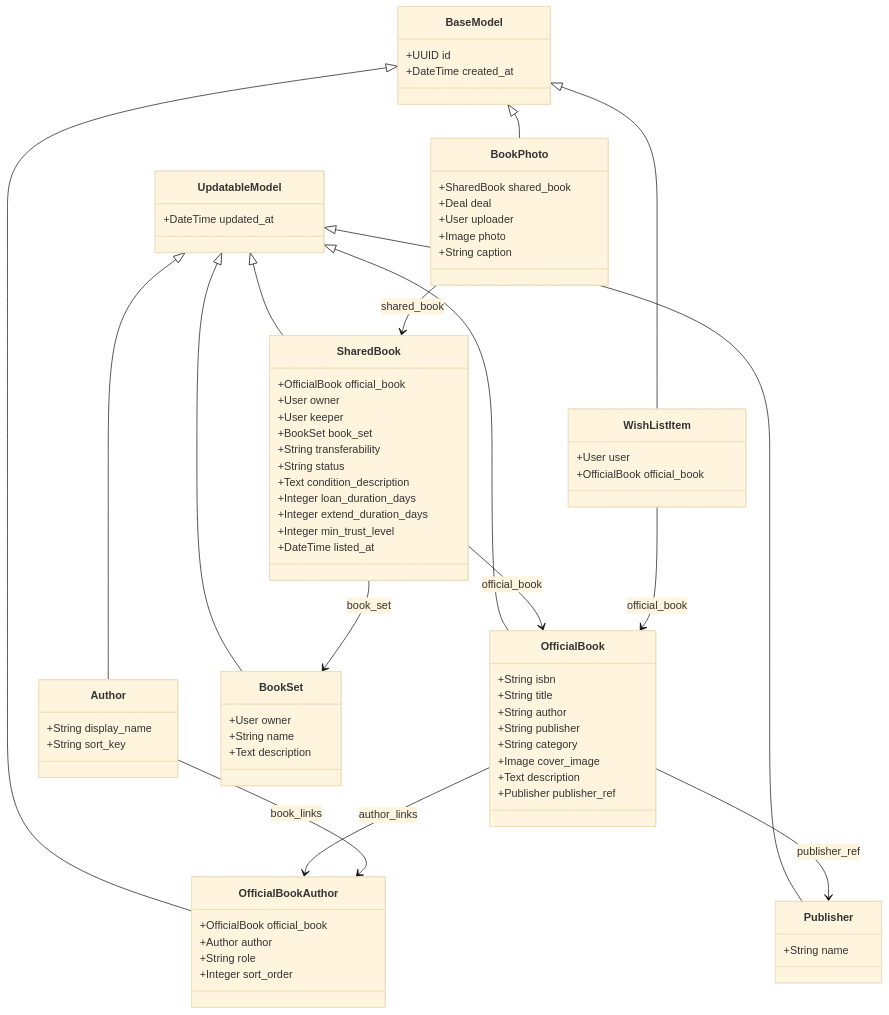
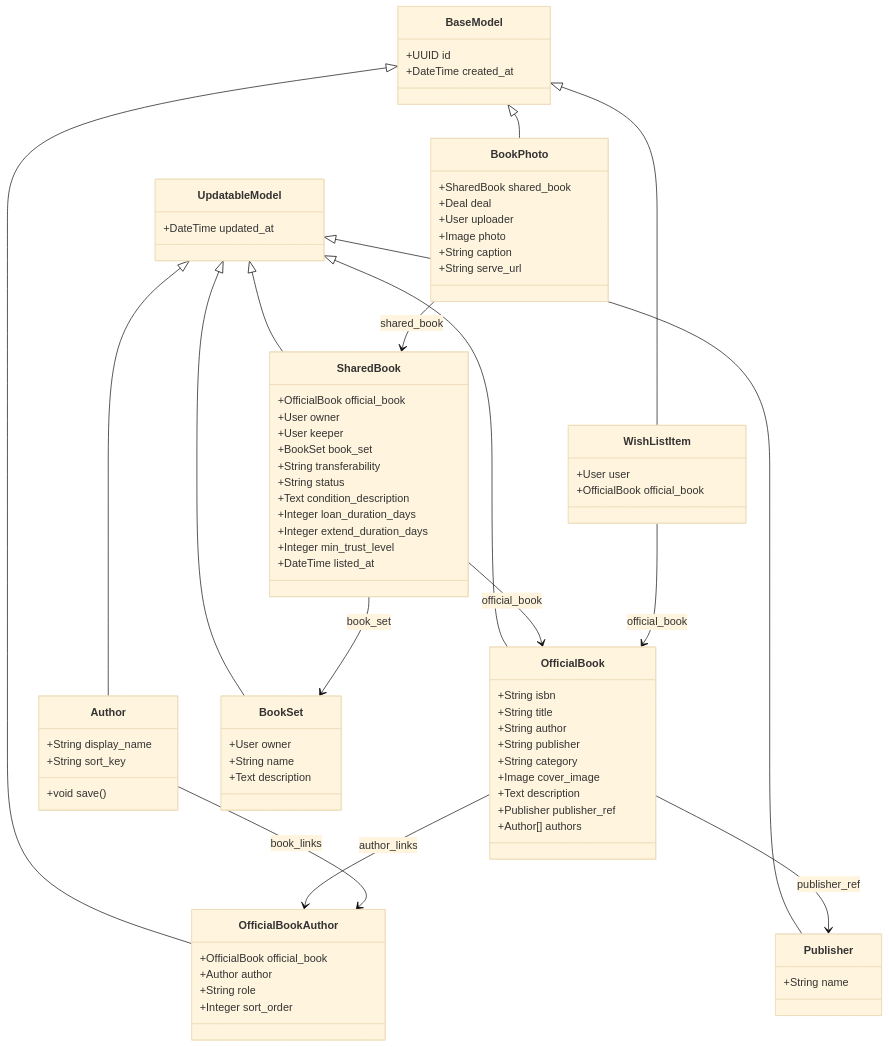
One commit to lucashsu95/exbooks changed the fourth of 5 diagrams in docs/class-diagram.md. Above: the diagram before and after it, drawn with Mermaid (base theme). The commit also changed other lines of this file and 4 other files, not shown here.

First line of the commit message:
docs: sync 5 architecture docs with actual codebase state

```diff
--- a/docs/class-diagram.md
+++ b/docs/class-diagram.md
@@ -403,11 +413,13 @@
         +Image cover_image
         +Text description
         +Publisher publisher_ref
+        +Author[] authors
     }
 
     class Author {
         +String display_name
         +String sort_key
+        +void save()
     }
 
     class Publisher {
@@ -447,6 +459,7 @@
         +User uploader
         +Image photo
         +String caption
+        +String serve_url
     }
 
     class WishListItem {
```
